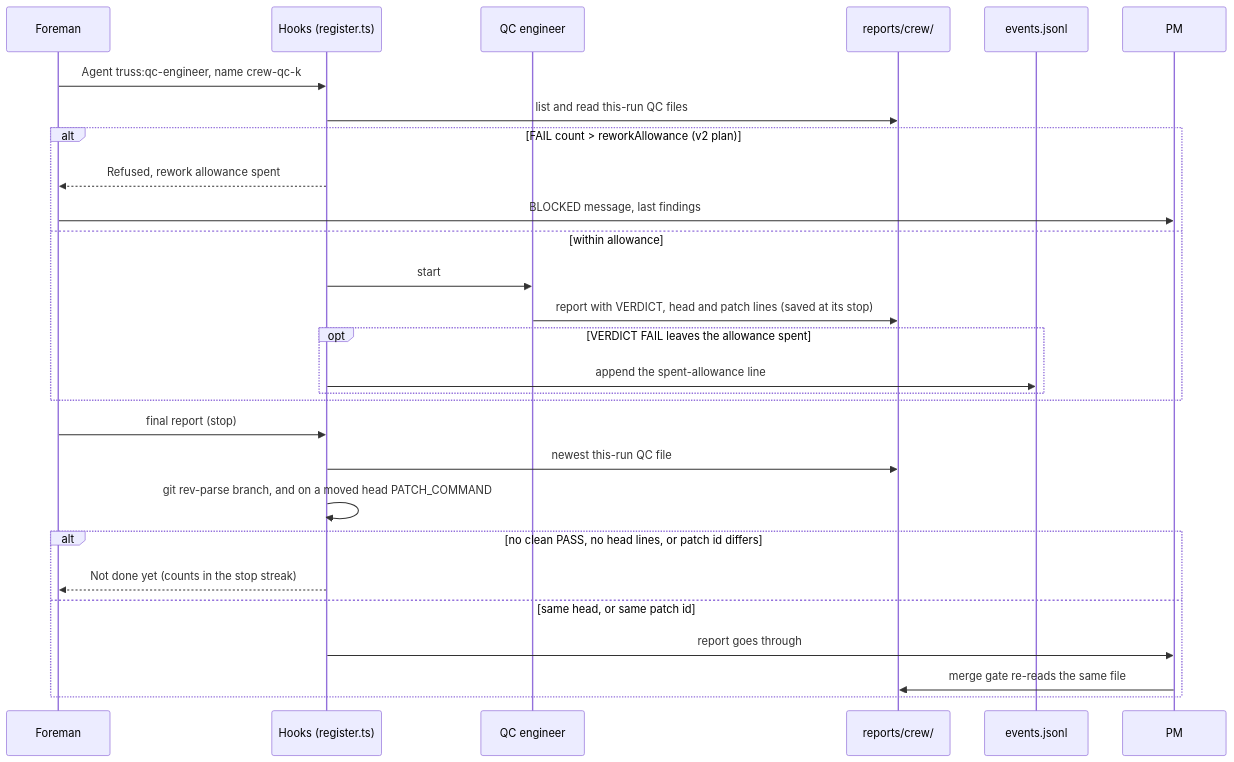
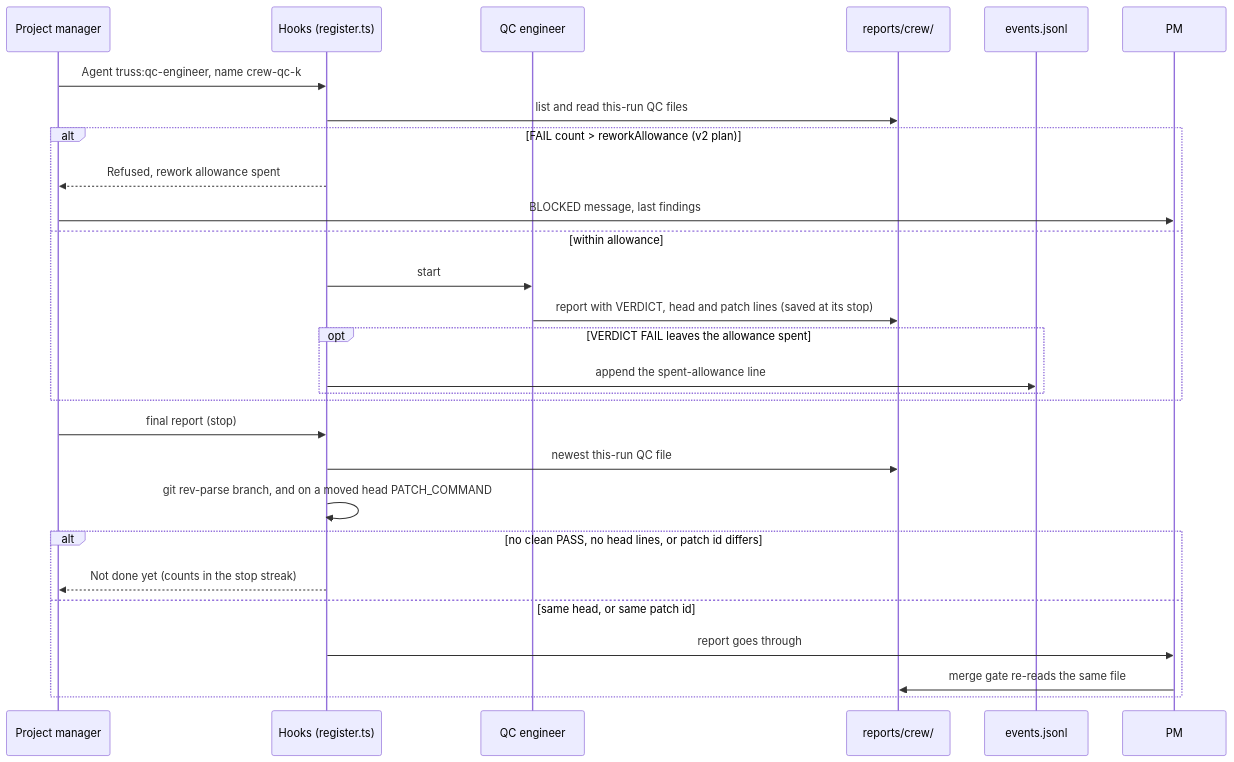
Diagram 16 of 25 in plugins/truss/docs/architecture.md (AbhiramDwivedi/truss), drawn with Mermaid before and after one commit. The commit also changed other lines of this file and 48 other files, not shown here.

First line of the commit message:
docs(rename-docs): rename the crew lead to project manager in docs, ADRs and CHANGELOG; 0.27.0

````diff
--- a/plugins/truss/docs/architecture.md
+++ b/plugins/truss/docs/architecture.md
@@ -871,30 +911,30 @@
 ```mermaid
 sequenceDiagram
-  participant L as Foreman
+  participant L as Project manager
   participant H as Hooks (register.ts)
   participant J as QC engineer
   participant R as reports/crew/
   participant E as events.jsonl
   participant F as PM
   L->>H: Agent truss:qc-engineer, name crew-qc-k
   H->>R: list and read this-run QC files
   alt FAIL count > reworkAllowance (v2 plan)
     H-->>L: Refused, rework allowance spent
     L->>F: BLOCKED message, last findings
   else within allowance
     H->>J: start
     J->>R: report with VERDICT, head and patch lines (saved at its stop)
     opt VERDICT FAIL leaves the allowance spent
       H->>E: append the spent-allowance line
     end
   end
   L->>H: final report (stop)
   H->>R: newest this-run QC file
   H->>H: git rev-parse branch, and on a moved head PATCH_COMMAND
   alt no clean PASS, no head lines, or patch id differs
     H-->>L: Not done yet (counts in the stop streak)
   else same head, or same patch id
     H->>F: report goes through
     F->>R: merge gate re-reads the same file
   end
 ```
````
